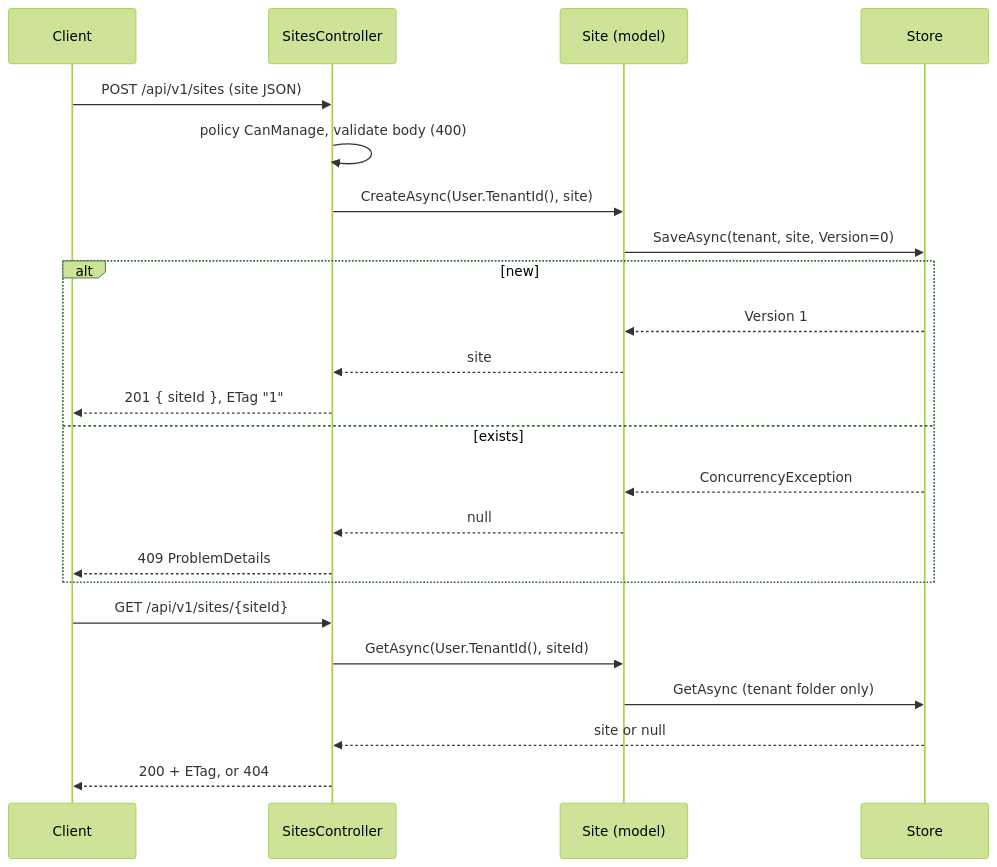
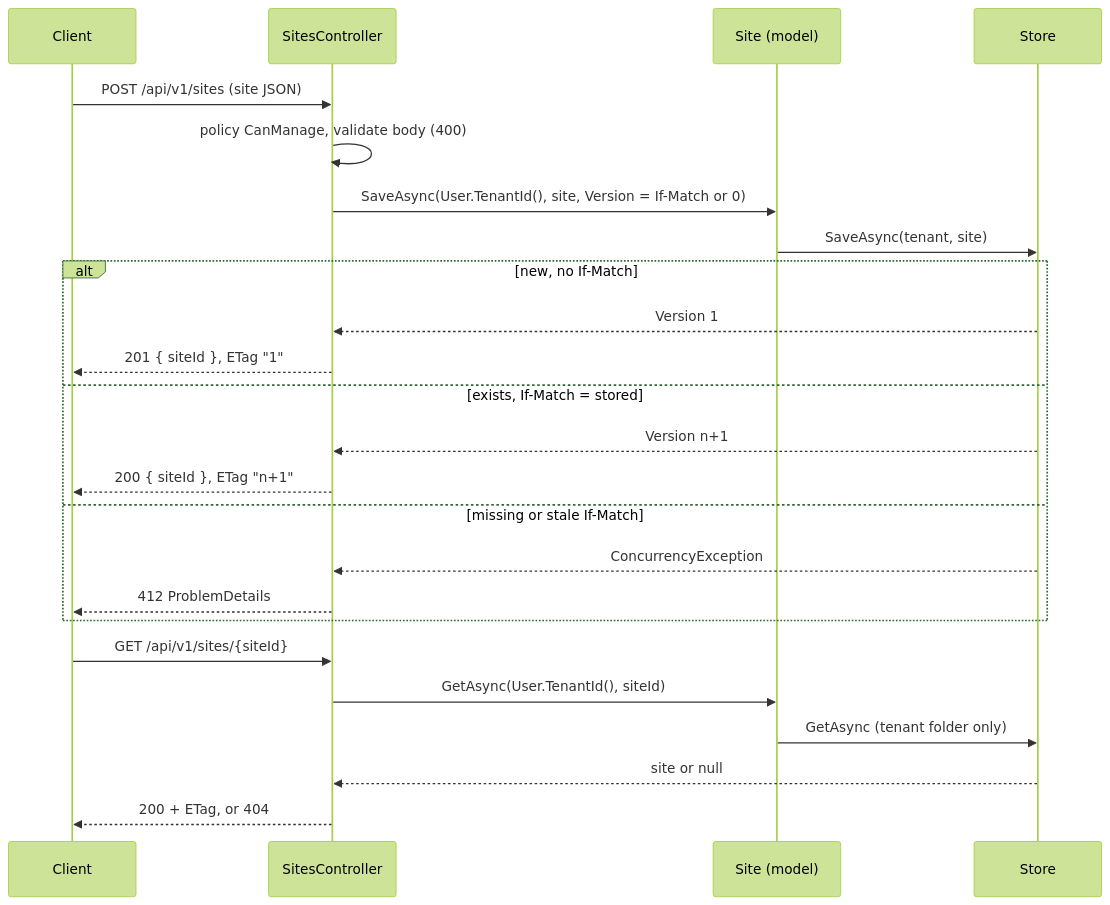
The second of 2 diagrams in docs/plans/SS-14-sites-api.md (NotThaDev/SiteSense), drawn with Mermaid (forest theme) before and after one commit. The commit also changed other lines of this file, not shown here.

Commit message:
docs(plans): SS-14 Q43 is an update with If-Match (owner)

````diff
--- a/docs/plans/SS-14-sites-api.md
+++ b/docs/plans/SS-14-sites-api.md
@@ -60,25 +62,26 @@
 ```mermaid
 sequenceDiagram
   participant C as Client
   participant S as SitesController
   participant M as Site (model)
   participant D as Store
   C->>S: POST /api/v1/sites (site JSON)
   S->>S: policy CanManage, validate body (400)
-  S->>M: CreateAsync(User.TenantId(), site)
-  M->>D: SaveAsync(tenant, site, Version=0)
-  alt new
-    D-->>M: Version 1
-    M-->>S: site
+  S->>M: SaveAsync(User.TenantId(), site, Version = If-Match or 0)
+  M->>D: SaveAsync(tenant, site)
+  alt new, no If-Match
+    D-->>S: Version 1
     S-->>C: 201 { siteId }, ETag "1"
-  else exists
-    D-->>M: ConcurrencyException
-    M-->>S: null
-    S-->>C: 409 ProblemDetails
+  else exists, If-Match = stored
+    D-->>S: Version n+1
+    S-->>C: 200 { siteId }, ETag "n+1"
+  else missing or stale If-Match
+    D-->>S: ConcurrencyException
+    S-->>C: 412 ProblemDetails
   end
   C->>S: GET /api/v1/sites/{siteId}
   S->>M: GetAsync(User.TenantId(), siteId)
   M->>D: GetAsync (tenant folder only)
   D-->>S: site or null
   S-->>C: 200 + ETag, or 404
 ```
````
